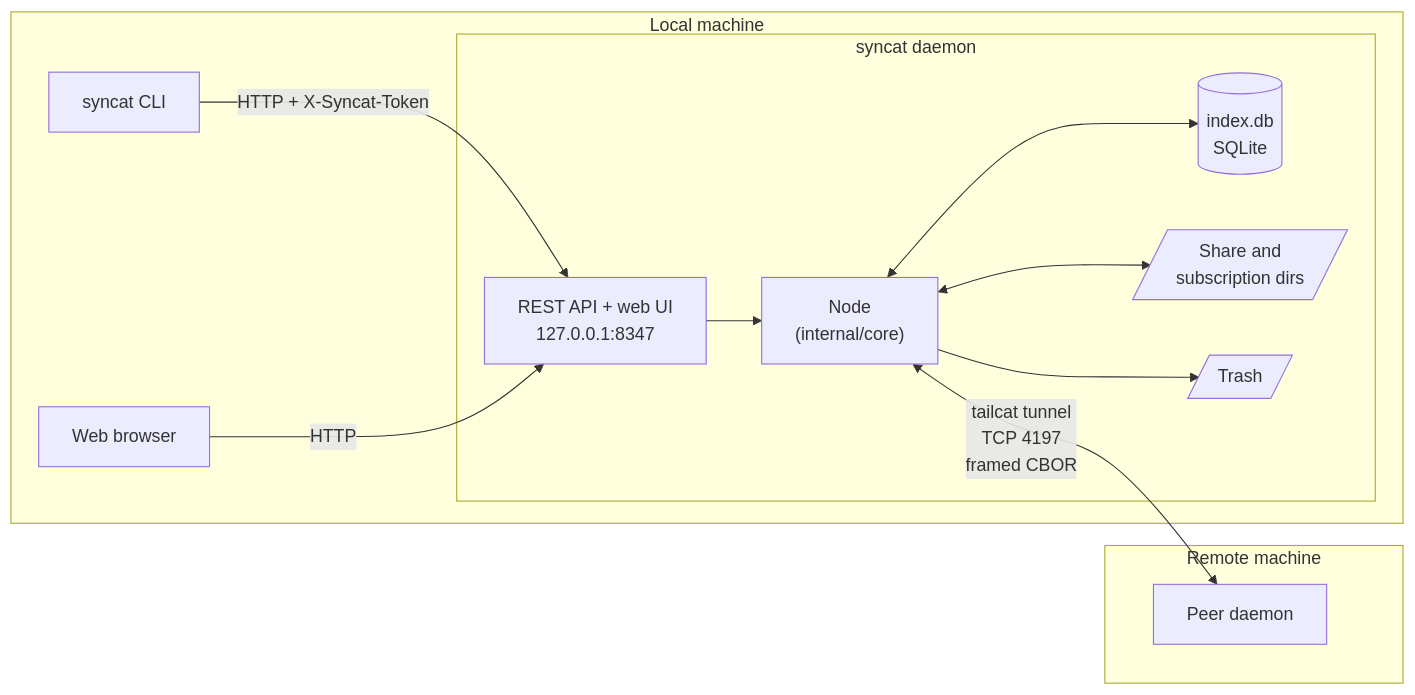
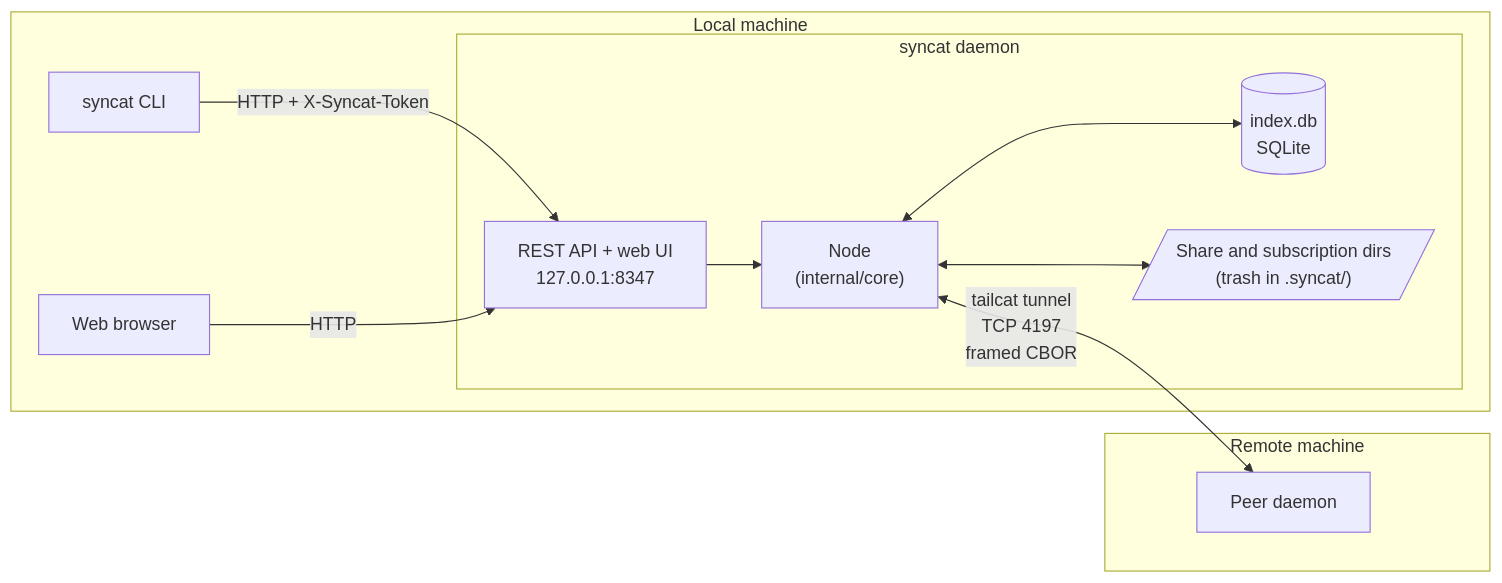
One commit to nickmarrone/syncat changed the first of 14 diagrams in ARCHITECTURE.md. Above: the diagram before and after it, drawn with Mermaid. The commit also changed other lines of this file and 7 other files, not shown here.

First line of the commit message:
Document holds, the in-share trash, and that syncat is not a backup

````diff
--- a/ARCHITECTURE.md
+++ b/ARCHITECTURE.md
@@ -44,25 +44,23 @@
 ```mermaid
 flowchart LR
     subgraph local["Local machine"]
         CLI["syncat CLI"]
         Browser["Web browser"]
         subgraph daemon["syncat daemon"]
             API["REST API + web UI<br/>127.0.0.1:8347"]
             Core["Node<br/>(internal/core)"]
             DB[("index.db<br/>SQLite")]
-            FS[/"Share and<br/>subscription dirs"/]
-            Trash[/"Trash"/]
+            FS[/"Share and subscription dirs<br/>(trash in .syncat/)"/]
         end
     end
     subgraph remote["Remote machine"]
         Peer["Peer daemon"]
     end
 
     CLI -- "HTTP + X-Syncat-Token" --> API
     Browser -- "HTTP" --> API
     API --> Core
     Core <--> DB
     Core <--> FS
-    Core --> Trash
     Core <-- "tailcat tunnel<br/>TCP 4197<br/>framed CBOR" --> Peer
 ```
````
